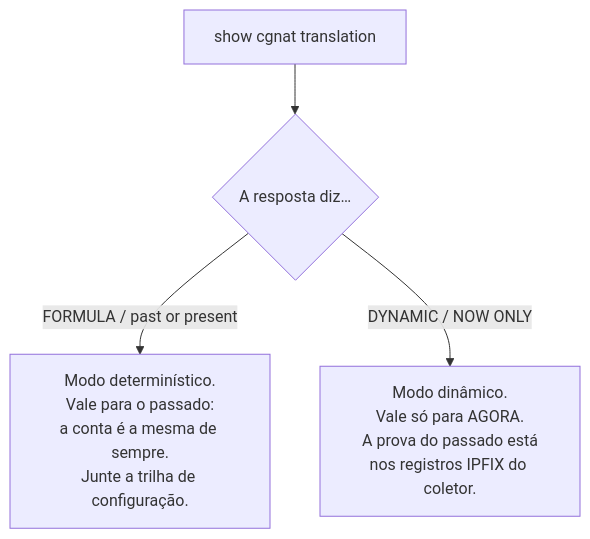
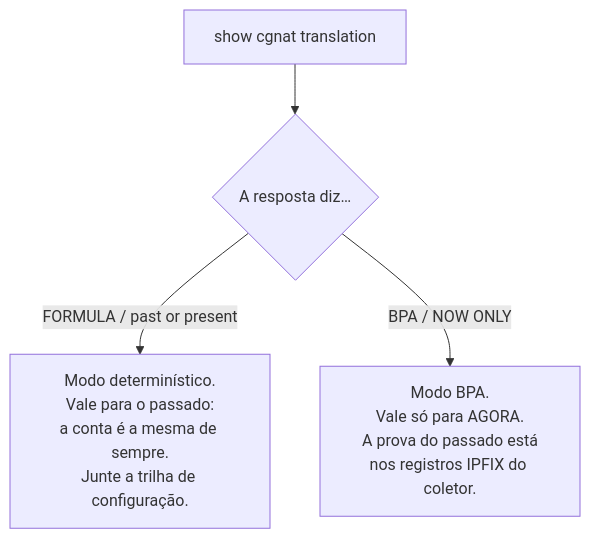
The first of 2 diagrams in wiki/operar/receitas-do-dia-a-dia.md (andrediashexa/prismarouting), drawn with Mermaid before and after one commit. The commit also changed other lines of this file and 13 other files, not shown here.

First line of the commit message:
show cgnat translation says BPA for an on-demand block, not DYNAMIC (#619)

````diff
--- a/wiki/operar/receitas-do-dia-a-dia.md
+++ b/wiki/operar/receitas-do-dia-a-dia.md
@@ -15,6 +15,6 @@
 ```mermaid
 flowchart TD
     T["show cgnat translation"] --> Q{"A resposta diz…"}
     Q -->|"FORMULA / past or present"| A["Modo determinístico.<br/>Vale para o passado:<br/>a conta é a mesma de sempre.<br/>Junte a trilha de configuração."]
-    Q -->|"DYNAMIC / NOW ONLY"| B["Modo dinâmico.<br/>Vale só para AGORA.<br/>A prova do passado está<br/>nos registros IPFIX do coletor."]
+    Q -->|"BPA / NOW ONLY"| B["Modo BPA.<br/>Vale só para AGORA.<br/>A prova do passado está<br/>nos registros IPFIX do coletor."]
 ```
````
